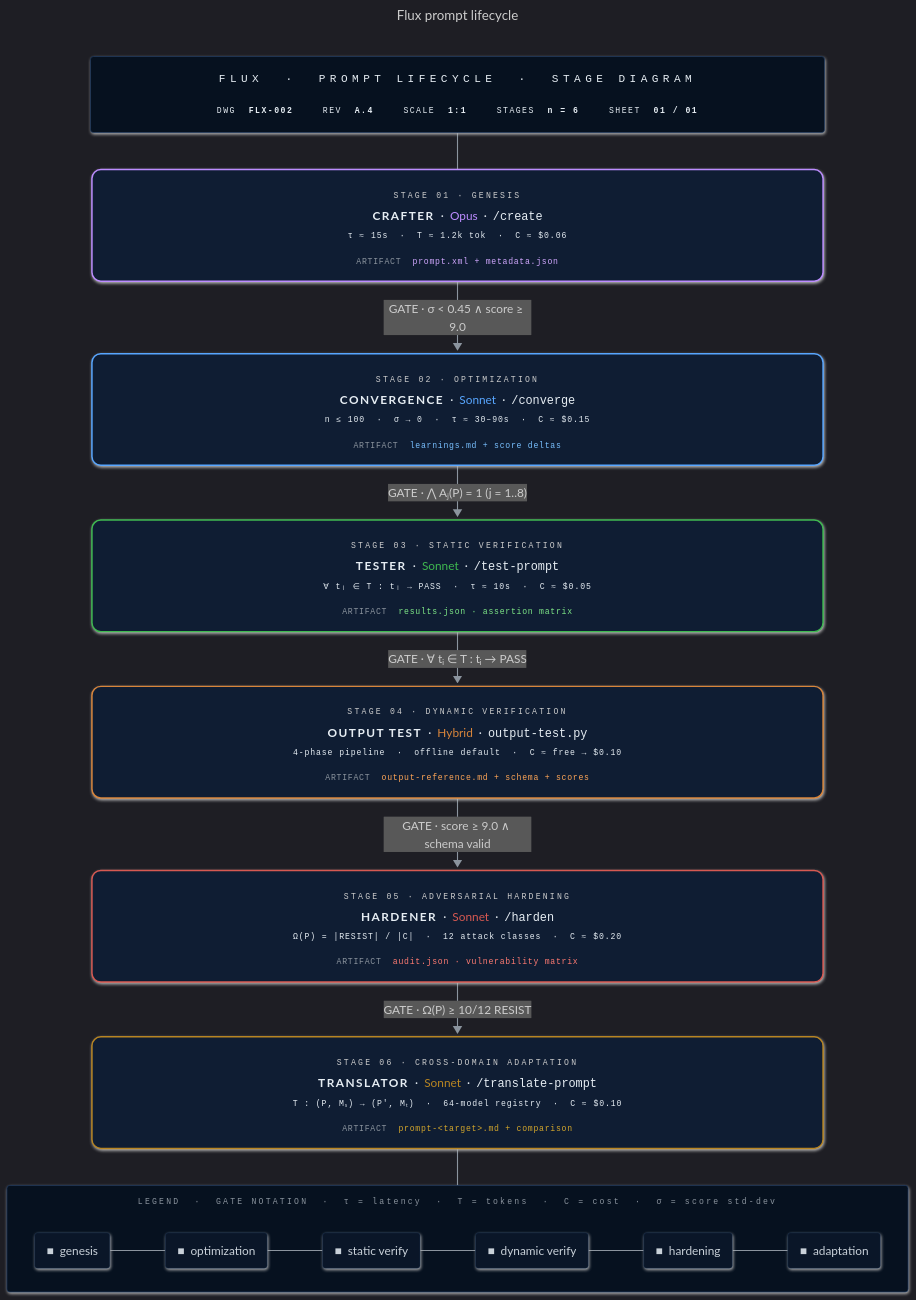
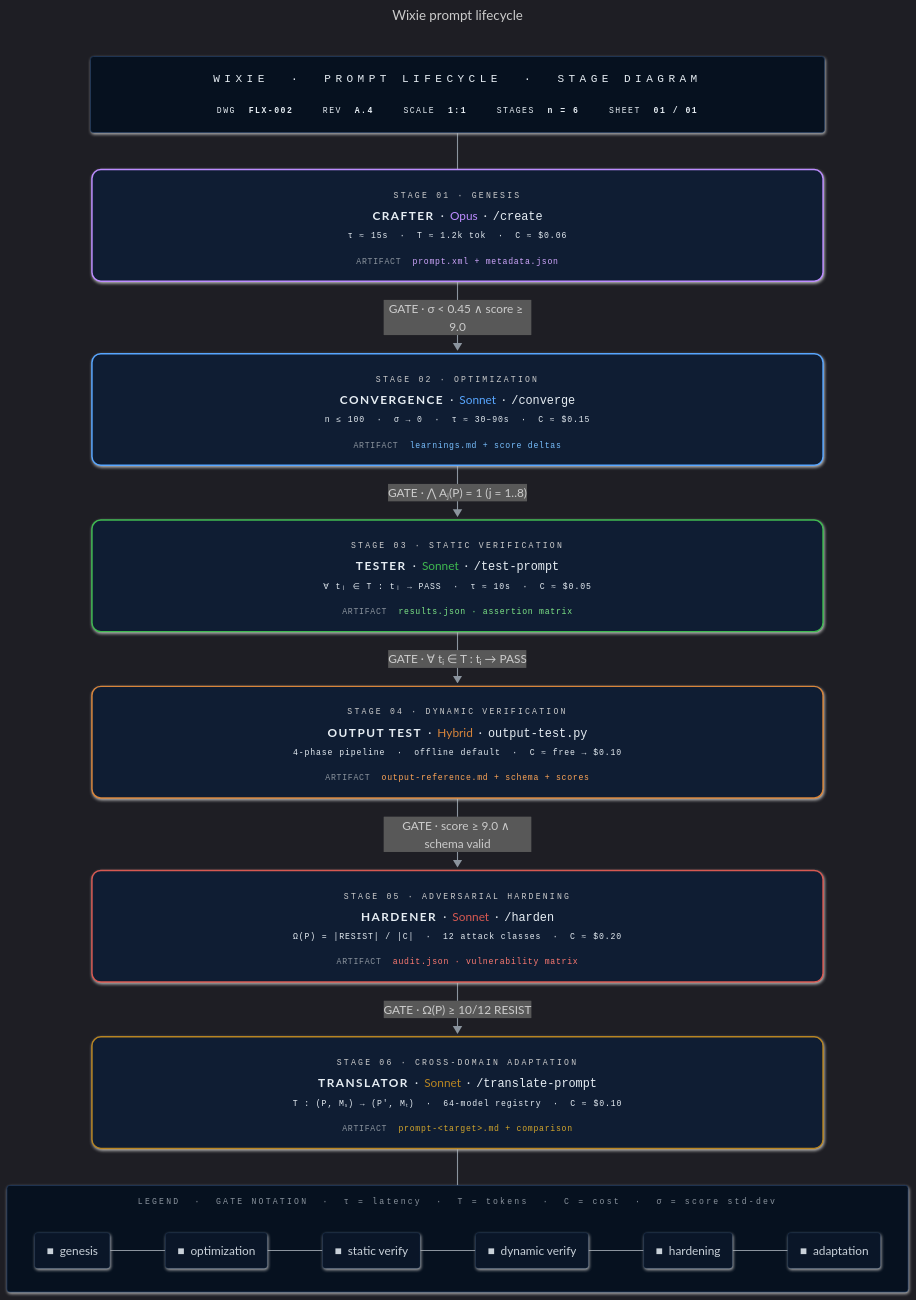
One commit to enchanted-plugins/wixie changed the diagram in docs/assets/lifecycle.mmd. Above: the diagram before and after it, drawn with Mermaid. The commit also changed 84 other files, not shown here.

First line of the commit message:
rename: Flux → Wixie, standardize origin format

```diff
--- a/docs/assets/lifecycle.mmd
+++ b/docs/assets/lifecycle.mmd
@@ -1,59 +1,59 @@
 ---
-title: Flux prompt lifecycle
+title: Wixie prompt lifecycle
 config:
   look: neo
   theme: dark
   flowchart:
     curve: basis
     padding: 18
     nodeSpacing: 44
     rankSpacing: 50
     htmlLabels: true
     subGraphTitleMargin:
       top: 14
       bottom: 18
 ---
 flowchart TB
-    TitleBlock["<div style='font-family:ui-monospace,SFMono-Regular,Consolas,monospace;text-align:center;min-width:940px;padding:6px 10px;line-height:1.8'><div style='color:#58a6ff;font-size:15px;letter-spacing:6px;border-bottom:1px solid #1e3a5f;padding-bottom:10px;margin-bottom:10px'>FLUX &nbsp;·&nbsp; PROMPT&nbsp;LIFECYCLE &nbsp;·&nbsp; STAGE&nbsp;DIAGRAM</div><div style='display:flex;gap:40px;justify-content:center;font-size:11px;color:#8b949e;letter-spacing:2px'><span>DWG&nbsp;&nbsp;<b style='color:#e6edf3'>FLX-002</b></span><span>REV&nbsp;&nbsp;<b style='color:#e6edf3'>A.4</b></span><span>SCALE&nbsp;&nbsp;<b style='color:#e6edf3'>1:1</b></span><span>STAGES&nbsp;&nbsp;<b style='color:#e6edf3'>n&nbsp;=&nbsp;6</b></span><span>SHEET&nbsp;&nbsp;<b style='color:#e6edf3'>01&nbsp;/&nbsp;01</b></span></div></div>"]
+    TitleBlock["<div style='font-family:ui-monospace,SFMono-Regular,Consolas,monospace;text-align:center;min-width:940px;padding:6px 10px;line-height:1.8'><div style='color:#58a6ff;font-size:15px;letter-spacing:6px;border-bottom:1px solid #1e3a5f;padding-bottom:10px;margin-bottom:10px'>WIXIE &nbsp;·&nbsp; PROMPT&nbsp;LIFECYCLE &nbsp;·&nbsp; STAGE&nbsp;DIAGRAM</div><div style='display:flex;gap:40px;justify-content:center;font-size:11px;color:#8b949e;letter-spacing:2px'><span>DWG&nbsp;&nbsp;<b style='color:#e6edf3'>FLX-002</b></span><span>REV&nbsp;&nbsp;<b style='color:#e6edf3'>A.4</b></span><span>SCALE&nbsp;&nbsp;<b style='color:#e6edf3'>1:1</b></span><span>STAGES&nbsp;&nbsp;<b style='color:#e6edf3'>n&nbsp;=&nbsp;6</b></span><span>SHEET&nbsp;&nbsp;<b style='color:#e6edf3'>01&nbsp;/&nbsp;01</b></span></div></div>"]
 
     A["<div style='text-align:center;min-width:940px;line-height:2;padding:4px 8px'><div><span style='font-family:ui-monospace,monospace;color:#8b949e;font-size:11px;letter-spacing:3px'>STAGE&nbsp;01&nbsp;·&nbsp;GENESIS</span></div><div style='line-height:1.8'><b style='letter-spacing:2px'>CRAFTER</b>&nbsp;&nbsp;·&nbsp;&nbsp;<span style='color:#bc8cff'>Opus</span>&nbsp;&nbsp;·&nbsp;&nbsp;<code style='color:#e6edf3'>/create</code></div><div style='color:#6e7681;font-size:11px;font-family:ui-monospace,monospace;letter-spacing:1.2px'>τ&nbsp;≈&nbsp;15s&nbsp;&nbsp;·&nbsp;&nbsp;T&nbsp;≈&nbsp;1.2k&nbsp;tok&nbsp;&nbsp;·&nbsp;&nbsp;C&nbsp;≈&nbsp;$0.06</div><div style='border-top:1px solid #1e3a5f;margin-top:6px;padding-top:6px;font-family:ui-monospace,monospace;font-size:11px;letter-spacing:1px'><span style='color:#8b949e'>ARTIFACT</span>&nbsp;&nbsp;<span style='color:#d2a8ff'>prompt.xml&nbsp;+&nbsp;metadata.json</span></div></div>"]
 
     B["<div style='text-align:center;min-width:940px;line-height:2;padding:4px 8px'><div><span style='font-family:ui-monospace,monospace;color:#8b949e;font-size:11px;letter-spacing:3px'>STAGE&nbsp;02&nbsp;·&nbsp;OPTIMIZATION</span></div><div style='line-height:1.8'><b style='letter-spacing:2px'>CONVERGENCE</b>&nbsp;&nbsp;·&nbsp;&nbsp;<span style='color:#58a6ff'>Sonnet</span>&nbsp;&nbsp;·&nbsp;&nbsp;<code style='color:#e6edf3'>/converge</code></div><div style='color:#6e7681;font-size:11px;font-family:ui-monospace,monospace;letter-spacing:1.2px'>n&nbsp;≤&nbsp;100&nbsp;&nbsp;·&nbsp;&nbsp;σ&nbsp;→&nbsp;0&nbsp;&nbsp;·&nbsp;&nbsp;τ&nbsp;≈&nbsp;30–90s&nbsp;&nbsp;·&nbsp;&nbsp;C&nbsp;≈&nbsp;$0.15</div><div style='border-top:1px solid #1e3a5f;margin-top:6px;padding-top:6px;font-family:ui-monospace,monospace;font-size:11px;letter-spacing:1px'><span style='color:#8b949e'>ARTIFACT</span>&nbsp;&nbsp;<span style='color:#79c0ff'>learnings.md&nbsp;+&nbsp;score&nbsp;deltas</span></div></div>"]
 
     C["<div style='text-align:center;min-width:940px;line-height:2;padding:4px 8px'><div><span style='font-family:ui-monospace,monospace;color:#8b949e;font-size:11px;letter-spacing:3px'>STAGE&nbsp;03&nbsp;·&nbsp;STATIC&nbsp;VERIFICATION</span></div><div style='line-height:1.8'><b style='letter-spacing:2px'>TESTER</b>&nbsp;&nbsp;·&nbsp;&nbsp;<span style='color:#3fb950'>Sonnet</span>&nbsp;&nbsp;·&nbsp;&nbsp;<code style='color:#e6edf3'>/test-prompt</code></div><div style='color:#6e7681;font-size:11px;font-family:ui-monospace,monospace;letter-spacing:1.2px'>∀&nbsp;tᵢ&nbsp;∈&nbsp;T&nbsp;:&nbsp;tᵢ&nbsp;→&nbsp;PASS&nbsp;&nbsp;·&nbsp;&nbsp;τ&nbsp;≈&nbsp;10s&nbsp;&nbsp;·&nbsp;&nbsp;C&nbsp;≈&nbsp;$0.05</div><div style='border-top:1px solid #1e3a5f;margin-top:6px;padding-top:6px;font-family:ui-monospace,monospace;font-size:11px;letter-spacing:1px'><span style='color:#8b949e'>ARTIFACT</span>&nbsp;&nbsp;<span style='color:#7ee787'>results.json&nbsp;·&nbsp;assertion&nbsp;matrix</span></div></div>"]
 
     F["<div style='text-align:center;min-width:940px;line-height:2;padding:4px 8px'><div><span style='font-family:ui-monospace,monospace;color:#8b949e;font-size:11px;letter-spacing:3px'>STAGE&nbsp;04&nbsp;·&nbsp;DYNAMIC&nbsp;VERIFICATION</span></div><div style='line-height:1.8'><b style='letter-spacing:2px'>OUTPUT&nbsp;TEST</b>&nbsp;&nbsp;·&nbsp;&nbsp;<span style='color:#d8853b'>Hybrid</span>&nbsp;&nbsp;·&nbsp;&nbsp;<code style='color:#e6edf3'>output-test.py</code></div><div style='color:#6e7681;font-size:11px;font-family:ui-monospace,monospace;letter-spacing:1.2px'>4-phase&nbsp;pipeline&nbsp;&nbsp;·&nbsp;&nbsp;offline&nbsp;default&nbsp;&nbsp;·&nbsp;&nbsp;C&nbsp;≈&nbsp;free&nbsp;→&nbsp;$0.10</div><div style='border-top:1px solid #1e3a5f;margin-top:6px;padding-top:6px;font-family:ui-monospace,monospace;font-size:11px;letter-spacing:1px'><span style='color:#8b949e'>ARTIFACT</span>&nbsp;&nbsp;<span style='color:#ffa657'>output-reference.md&nbsp;+&nbsp;schema&nbsp;+&nbsp;scores</span></div></div>"]
 
     D["<div style='text-align:center;min-width:940px;line-height:2;padding:4px 8px'><div><span style='font-family:ui-monospace,monospace;color:#8b949e;font-size:11px;letter-spacing:3px'>STAGE&nbsp;05&nbsp;·&nbsp;ADVERSARIAL&nbsp;HARDENING</span></div><div style='line-height:1.8'><b style='letter-spacing:2px'>HARDENER</b>&nbsp;&nbsp;·&nbsp;&nbsp;<span style='color:#d75952'>Sonnet</span>&nbsp;&nbsp;·&nbsp;&nbsp;<code style='color:#e6edf3'>/harden</code></div><div style='color:#6e7681;font-size:11px;font-family:ui-monospace,monospace;letter-spacing:1.2px'>Ω(P)&nbsp;=&nbsp;|RESIST|&nbsp;/&nbsp;|C|&nbsp;&nbsp;·&nbsp;&nbsp;12&nbsp;attack&nbsp;classes&nbsp;&nbsp;·&nbsp;&nbsp;C&nbsp;≈&nbsp;$0.20</div><div style='border-top:1px solid #1e3a5f;margin-top:6px;padding-top:6px;font-family:ui-monospace,monospace;font-size:11px;letter-spacing:1px'><span style='color:#8b949e'>ARTIFACT</span>&nbsp;&nbsp;<span style='color:#ff7b72'>audit.json&nbsp;·&nbsp;vulnerability&nbsp;matrix</span></div></div>"]
 
     E["<div style='text-align:center;min-width:940px;line-height:2;padding:4px 8px'><div><span style='font-family:ui-monospace,monospace;color:#8b949e;font-size:11px;letter-spacing:3px'>STAGE&nbsp;06&nbsp;·&nbsp;CROSS-DOMAIN&nbsp;ADAPTATION</span></div><div style='line-height:1.8'><b style='letter-spacing:2px'>TRANSLATOR</b>&nbsp;&nbsp;·&nbsp;&nbsp;<span style='color:#b88522'>Sonnet</span>&nbsp;&nbsp;·&nbsp;&nbsp;<code style='color:#e6edf3'>/translate-prompt</code></div><div style='color:#6e7681;font-size:11px;font-family:ui-monospace,monospace;letter-spacing:1.2px'>T&nbsp;:&nbsp;(P,&nbsp;Mₛ)&nbsp;→&nbsp;(P′,&nbsp;Mₜ)&nbsp;&nbsp;·&nbsp;&nbsp;64-model&nbsp;registry&nbsp;&nbsp;·&nbsp;&nbsp;C&nbsp;≈&nbsp;$0.10</div><div style='border-top:1px solid #1e3a5f;margin-top:6px;padding-top:6px;font-family:ui-monospace,monospace;font-size:11px;letter-spacing:1px'><span style='color:#8b949e'>ARTIFACT</span>&nbsp;&nbsp;<span style='color:#d4a72c'>prompt-&lt;target&gt;.md&nbsp;+&nbsp;comparison</span></div></div>"]
 
     subgraph Legend["<div style='font-family:ui-monospace,monospace;color:#8b949e;font-size:11px;letter-spacing:3px;min-width:940px;text-align:center'>LEGEND&nbsp;&nbsp;·&nbsp;&nbsp;GATE&nbsp;NOTATION&nbsp;&nbsp;·&nbsp;&nbsp;τ&nbsp;=&nbsp;latency&nbsp;&nbsp;·&nbsp;&nbsp;T&nbsp;=&nbsp;tokens&nbsp;&nbsp;·&nbsp;&nbsp;C&nbsp;=&nbsp;cost&nbsp;&nbsp;·&nbsp;&nbsp;σ&nbsp;=&nbsp;score&nbsp;std-dev</div>"]
         direction LR
         lg1["<span style='color:#bc8cff'>■</span>&nbsp;&nbsp;genesis"] --- lg2["<span style='color:#58a6ff'>■</span>&nbsp;&nbsp;optimization"] --- lg3["<span style='color:#3fb950'>■</span>&nbsp;&nbsp;static&nbsp;verify"] --- lg4["<span style='color:#d8853b'>■</span>&nbsp;&nbsp;dynamic&nbsp;verify"] --- lg5["<span style='color:#d75952'>■</span>&nbsp;&nbsp;hardening"] --- lg6["<span style='color:#b88522'>■</span>&nbsp;&nbsp;adaptation"]
     end
 
     TitleBlock ~~~ A
     A ==>|"GATE · σ < 0.45 ∧ score ≥ 9.0"| B
     B ==>|"GATE · ⋀ Aⱼ(P) = 1 (j = 1..8)"| C
     C ==>|"GATE · ∀ tᵢ ∈ T : tᵢ → PASS"| F
     F ==>|"GATE · score ≥ 9.0 ∧ schema valid"| D
     D ==>|"GATE · Ω(P) ≥ 10/12 RESIST"| E
     E ~~~ Legend
 
     classDef titleBlock fill:#06111f,stroke:#1e3a5f,stroke-width:1px,color:#e6edf3,rx:4,ry:4
     classDef legend fill:#06111f,stroke:#1e3a5f,stroke-width:1px,color:#8b949e,rx:4,ry:4
     classDef legendItem fill:#0a1628,stroke:#1e3a5f,stroke-width:0.5px,color:#c9d1d9,rx:4,ry:4
 
     class TitleBlock titleBlock
     class Legend legend
     class lg1,lg2,lg3,lg4,lg5,lg6 legendItem
 
     style A fill:#0f1d33,stroke:#bc8cff,stroke-width:2px,color:#e6edf3,rx:12,ry:12
     style B fill:#0f1d33,stroke:#58a6ff,stroke-width:2px,color:#e6edf3,rx:12,ry:12
     style C fill:#0f1d33,stroke:#3fb950,stroke-width:2px,color:#e6edf3,rx:12,ry:12
     style F fill:#0f1d33,stroke:#d8853b,stroke-width:2px,color:#e6edf3,rx:12,ry:12
     style D fill:#0f1d33,stroke:#d75952,stroke-width:2px,color:#e6edf3,rx:12,ry:12
     style E fill:#0f1d33,stroke:#b88522,stroke-width:2px,color:#e6edf3,rx:12,ry:12
 
     linkStyle default stroke:#8b949e,stroke-width:1.5px
```
